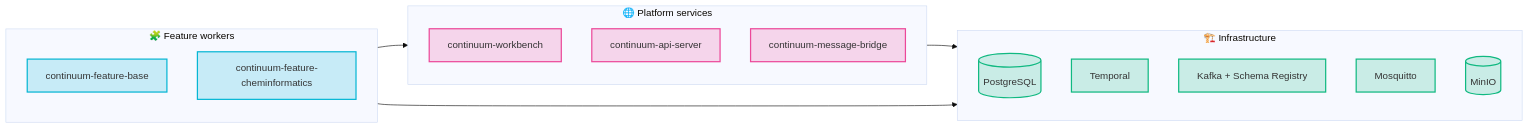
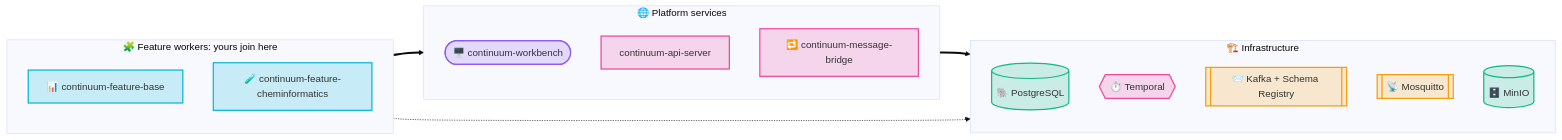
The diagram in docs/getting-started/local-setup.md (projectcontinuum-org/continuum-docs), drawn with Mermaid (base theme) before and after one commit. The commit also changed 49 other files, not shown here.

First line of the commit message:
CONTNM-137: Update docs to use template for creating new feature workers (#7)

````diff
--- a/docs/getting-started/local-setup.md
+++ b/docs/getting-started/local-setup.md
@@ -65,28 +65,34 @@
 ```mermaid
 flowchart LR
-  subgraph Workers["🧩 Feature workers"]
-    FB["continuum-feature-base"]
-    FC["continuum-feature-cheminformatics"]
+  subgraph Workers["🧩 Feature workers: yours join here"]
+    FB["📊 continuum-feature-base"]
+    FC["🧪 continuum-feature-cheminformatics"]
   end
   subgraph Platform["🌐 Platform services"]
-    WB["continuum-workbench"]
+    WB(["🖥️ continuum-workbench"])
     API["continuum-api-server"]
-    MB["continuum-message-bridge"]
+    MB["🔁 continuum-message-bridge"]
   end
   subgraph Infra["🏗️ Infrastructure"]
-    PG[("PostgreSQL")]
-    T["Temporal"]
-    K["Kafka + Schema Registry"]
-    MQ["Mosquitto"]
-    S3[("MinIO")]
+    PG[("🐘 PostgreSQL")]
+    T{{"⏱️ Temporal"}}
+    K[["📨 Kafka + Schema Registry"]]
+    MQ[["📡 Mosquitto"]]
+    S3[("🗄️ MinIO")]
   end
-  Workers --> Platform --> Infra
-  Workers --> Infra
+  Workers ==> Platform ==> Infra
+  Workers -.-> Infra
 
+  classDef ui fill:#8b5cf633,stroke:#8b5cf6,stroke-width:2px
+  classDef core fill:#ec489933,stroke:#ec4899,stroke-width:2px
+  classDef stream fill:#f59e0b33,stroke:#f59e0b,stroke-width:2px
   classDef worker fill:#06b6d433,stroke:#06b6d4,stroke-width:2px
-  classDef core fill:#ec489933,stroke:#ec4899,stroke-width:2px
   classDef store fill:#10b98133,stroke:#10b981,stroke-width:2px
+  classDef hero fill:#06b6d433,stroke:#06b6d4,stroke-width:4px,stroke-dasharray:6 3
   class FB,FC worker
-  class WB,API,MB core
-  class PG,T,K,MQ,S3 store
+  class WB ui
+  class API,MB core
+  class PG,S3 store
+  class T core
+  class K,MQ stream
 ```
````
